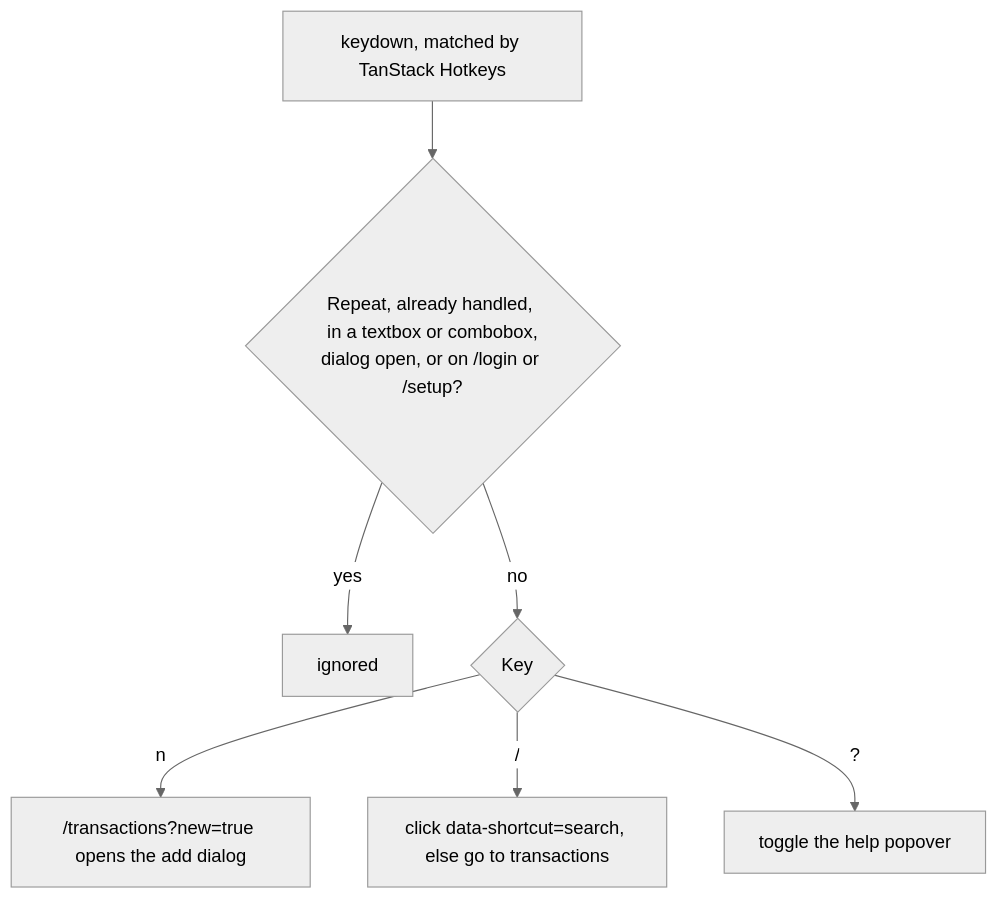
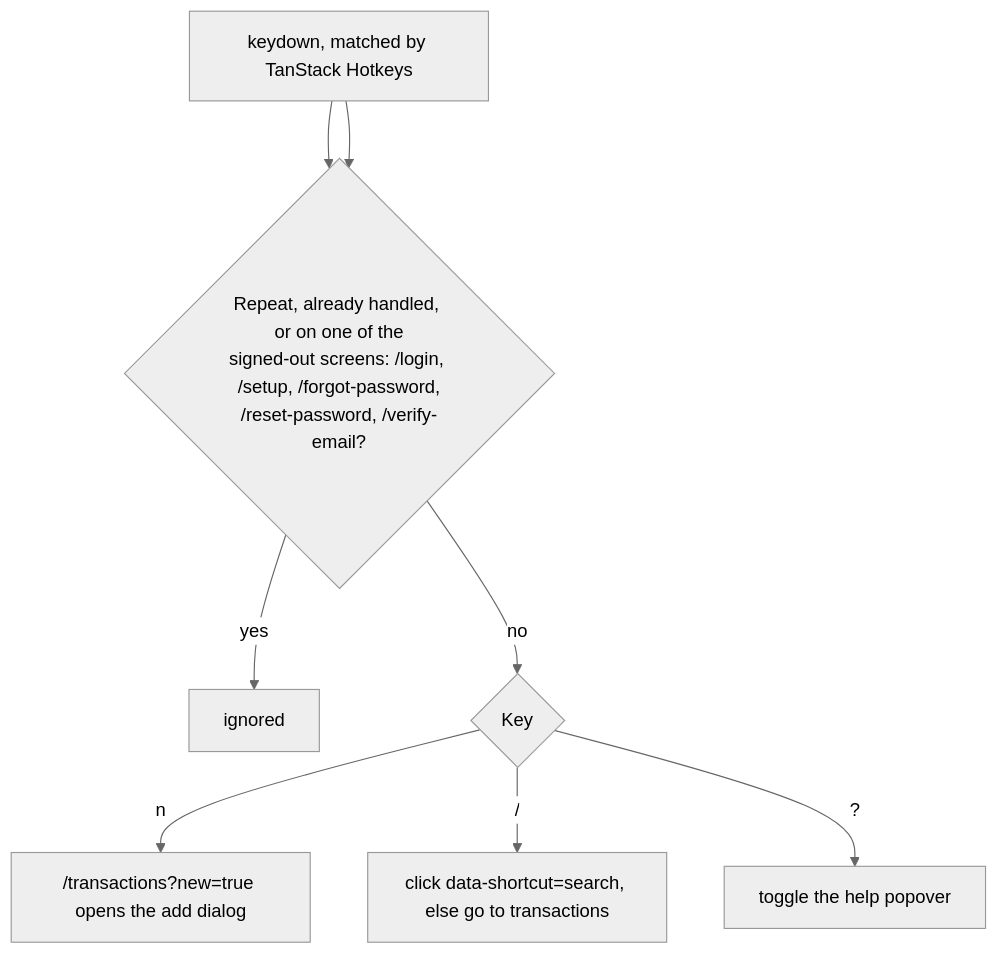
Before and after one commit to Justxs/Jx-Finance: the second of 3 diagrams in docs/features/24. Interface.md, drawn with Mermaid (neutral theme). The commit also changed other lines of this file and 152 other files, not shown here.

````diff
--- a/docs/features/24. Interface.md
+++ b/docs/features/24. Interface.md
@@ -22,9 +22,10 @@
 ```mermaid
 flowchart TD
     Key["keydown, matched by TanStack Hotkeys"] --> Guard{"Repeat, already handled, in a textbox or combobox,<br/>dialog open, or on /login or /setup?"}
+    Key["keydown, matched by TanStack Hotkeys"] --> Guard{"Repeat, already handled, or on one of the<br/>signed-out screens: /login, /setup, /forgot-password,<br/>/reset-password, /verify-email?"}
     Guard -->|"yes"| Ignore["ignored"]
     Guard -->|"no"| Which{"Key"}
     Which -->|"n"| New["/transactions?new=true opens the add dialog"]
     Which -->|"/"| Search["click data-shortcut=search, else go to transactions"]
     Which -->|"?"| Help["toggle the help popover"]
 ```
````
